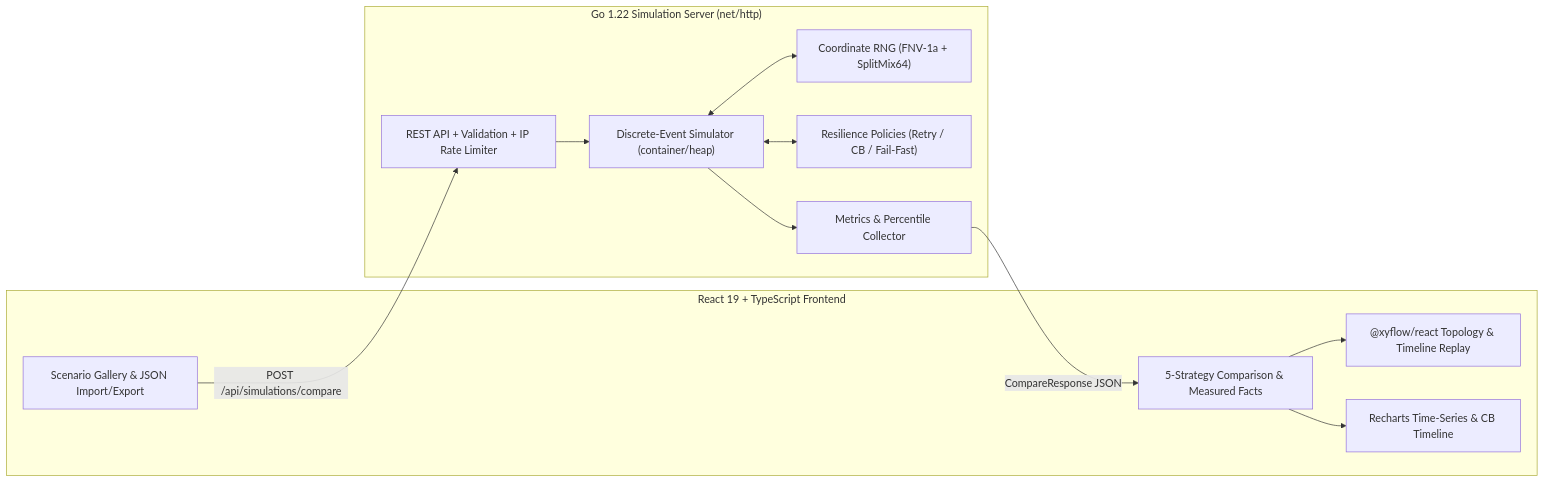
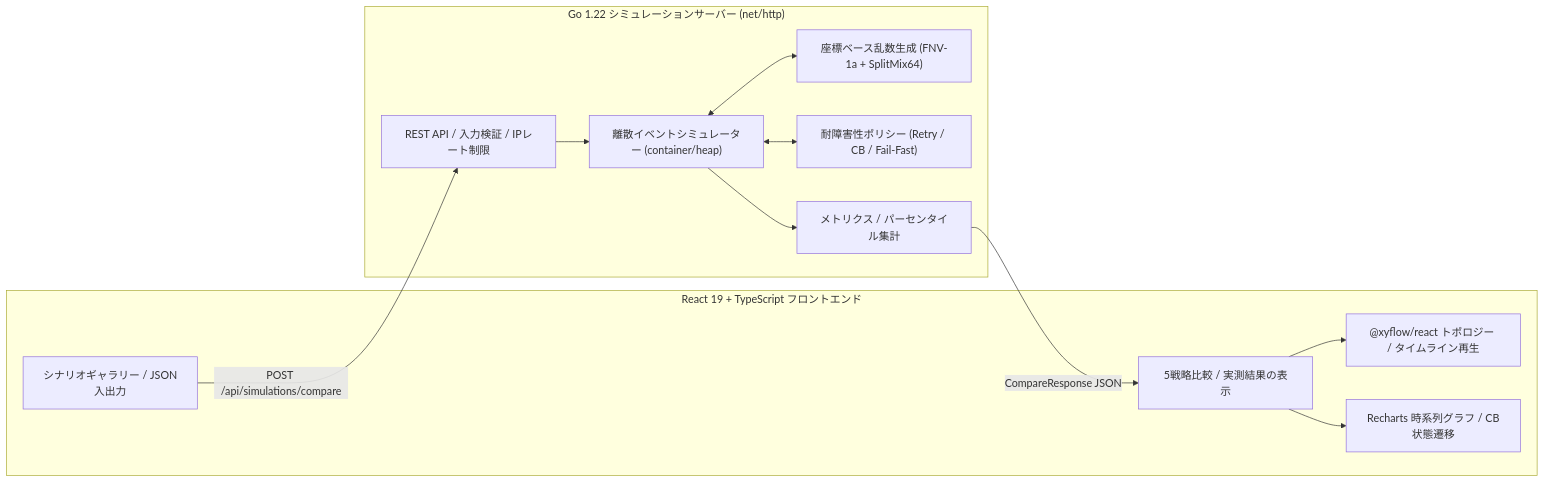
One commit to Takafumi122/failure_simulation changed the diagram in README.md. Above: the diagram before and after it, drawn with Mermaid. The commit also changed other lines of this file and 1 other file, not shown here.

````diff
--- a/README.md
+++ b/README.md
@@ -36,26 +39,26 @@
 ```mermaid
 flowchart LR
-    subgraph Frontend["React 19 + TypeScript Frontend"]
-        Gallery["Scenario Gallery & JSON Import/Export"]
-        CompTable["5-Strategy Comparison & Measured Facts"]
-        Flow["@xyflow/react Topology & Timeline Replay"]
-        Charts["Recharts Time-Series & CB Timeline"]
+    subgraph Frontend["React 19 + TypeScript フロントエンド"]
+        Gallery["シナリオギャラリー / JSON入出力"]
+        CompTable["5戦略比較 / 実測結果の表示"]
+        Flow["@xyflow/react トポロジー / タイムライン再生"]
+        Charts["Recharts 時系列グラフ / CB状態遷移"]
     end
 
-    subgraph Backend["Go 1.22 Simulation Server (net/http)"]
-        API["REST API + Validation + IP Rate Limiter"]
-        DES["Discrete-Event Simulator (container/heap)"]
-        RNG["Coordinate RNG (FNV-1a + SplitMix64)"]
-        Pol["Resilience Policies (Retry / CB / Fail-Fast)"]
-        Col["Metrics & Percentile Collector"]
+    subgraph Backend["Go 1.22 シミュレーションサーバー (net/http)"]
+        API["REST API / 入力検証 / IPレート制限"]
+        DES["離散イベントシミュレーター (container/heap)"]
+        RNG["座標ベース乱数生成 (FNV-1a + SplitMix64)"]
+        Pol["耐障害性ポリシー (Retry / CB / Fail-Fast)"]
+        Col["メトリクス / パーセンタイル集計"]
     end
 
     Gallery -->|POST /api/simulations/compare| API
     API --> DES
     DES <--> RNG
     DES <--> Pol
     DES --> Col
     Col -->|CompareResponse JSON| CompTable
     CompTable --> Flow
     CompTable --> Charts
 ```
````
